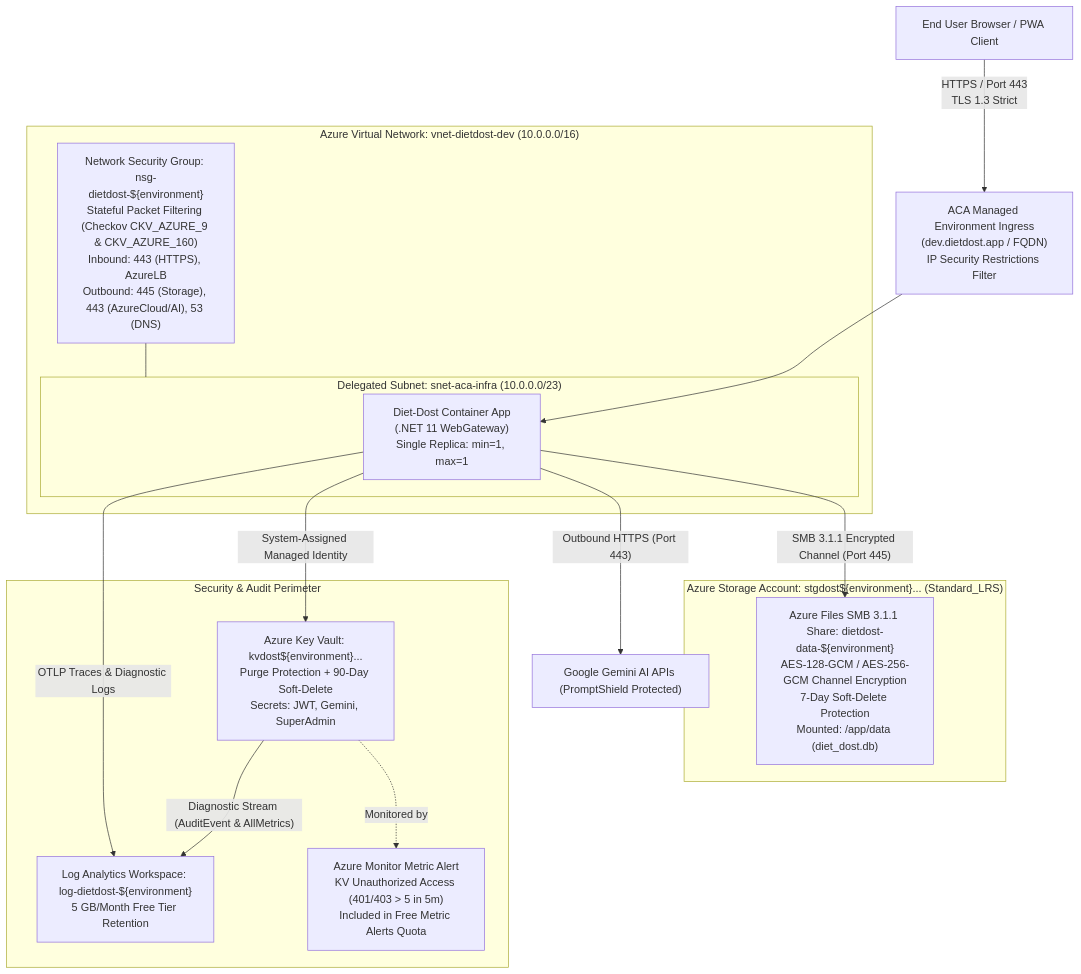
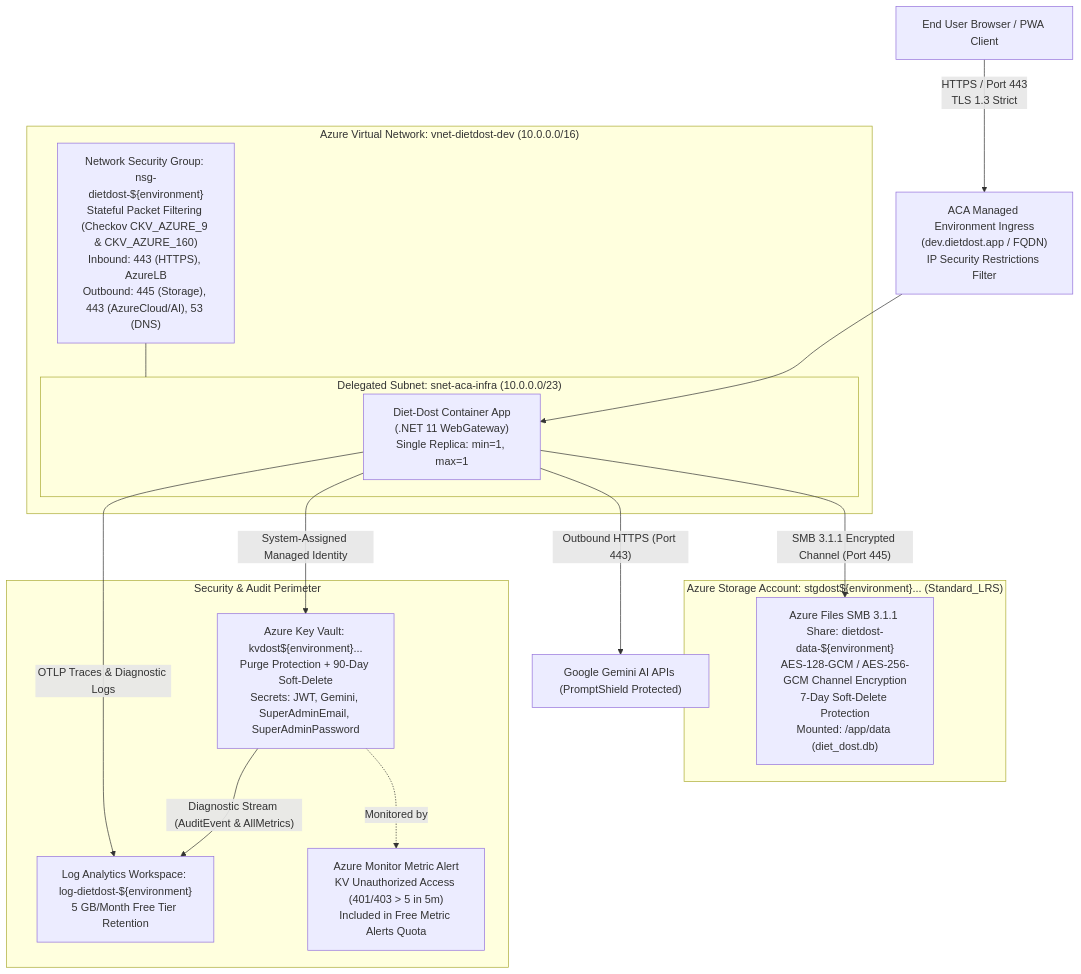
The third of 3 diagrams in docs/sdd/05_devops_and_infrastructure.md (nikunjbanker/diet-dost), drawn with Mermaid before and after one commit. The commit also changed 15 other files, not shown here.

Commit message:
fix(auth): decouple root superadmin bootstrapping and enable SUPER_ADMIN_PASSWORD secret sync (ADR-111)

````diff
--- a/docs/sdd/05_devops_and_infrastructure.md
+++ b/docs/sdd/05_devops_and_infrastructure.md
@@ -297,31 +297,31 @@
 ```mermaid
 graph TD
     Client["End User Browser / PWA Client"] -->|"HTTPS / Port 443<br/>TLS 1.3 Strict"| ACA_Ingress["ACA Managed Environment Ingress<br/>(dev.dietdost.app / FQDN)<br/>IP Security Restrictions Filter"]
 
     subgraph Azure_VNet ["Azure Virtual Network: vnet-dietdost-dev (10.0.0.0/16)"]
         subgraph Subnet_Infra ["Delegated Subnet: snet-aca-infra (10.0.0.0/23)"]
             ACA_App["Diet-Dost Container App<br/>(.NET 11 WebGateway)<br/>Single Replica: min=1, max=1"]
         end
         NSG["Network Security Group: nsg-dietdost-${environment}<br/>Stateful Packet Filtering (Checkov CKV_AZURE_9 & CKV_AZURE_160)<br/>Inbound: 443 (HTTPS), AzureLB<br/>Outbound: 445 (Storage), 443 (AzureCloud/AI), 53 (DNS)"]
         NSG --- Subnet_Infra
     end
 
     ACA_Ingress --> ACA_App
 
     subgraph Storage_Boundary ["Azure Storage Account: stgdost${environment}... (Standard_LRS)"]
         SMB_Share["Azure Files SMB 3.1.1 Share: dietdost-data-${environment}<br/>AES-128-GCM / AES-256-GCM Channel Encryption<br/>7-Day Soft-Delete Protection<br/>Mounted: /app/data (diet_dost.db)"]
     end
 
     subgraph Security_Perimeter ["Security & Audit Perimeter"]
-        KV["Azure Key Vault: kvdost${environment}...<br/>Purge Protection + 90-Day Soft-Delete<br/>Secrets: JWT, Gemini, SuperAdmin"]
+        KV["Azure Key Vault: kvdost${environment}...<br/>Purge Protection + 90-Day Soft-Delete<br/>Secrets: JWT, Gemini, SuperAdminEmail, SuperAdminPassword"]
         LAW["Log Analytics Workspace: log-dietdost-${environment}<br/>5 GB/Month Free Tier Retention"]
         Alert["Azure Monitor Metric Alert<br/>KV Unauthorized Access (401/403 > 5 in 5m)<br/>Included in Free Metric Alerts Quota"]
     end
 
     ACA_App -->|"SMB 3.1.1 Encrypted Channel (Port 445)"| SMB_Share
     ACA_App -->|"System-Assigned Managed Identity"| KV
     KV -->|"Diagnostic Stream (AuditEvent & AllMetrics)"| LAW
     KV -.->|"Monitored by"| Alert
     ACA_App -->|"OTLP Traces & Diagnostic Logs"| LAW
     ACA_App -->|"Outbound HTTPS (Port 443)"| GeminiAPI["Google Gemini AI APIs (PromptShield Protected)"]
 ```
````
